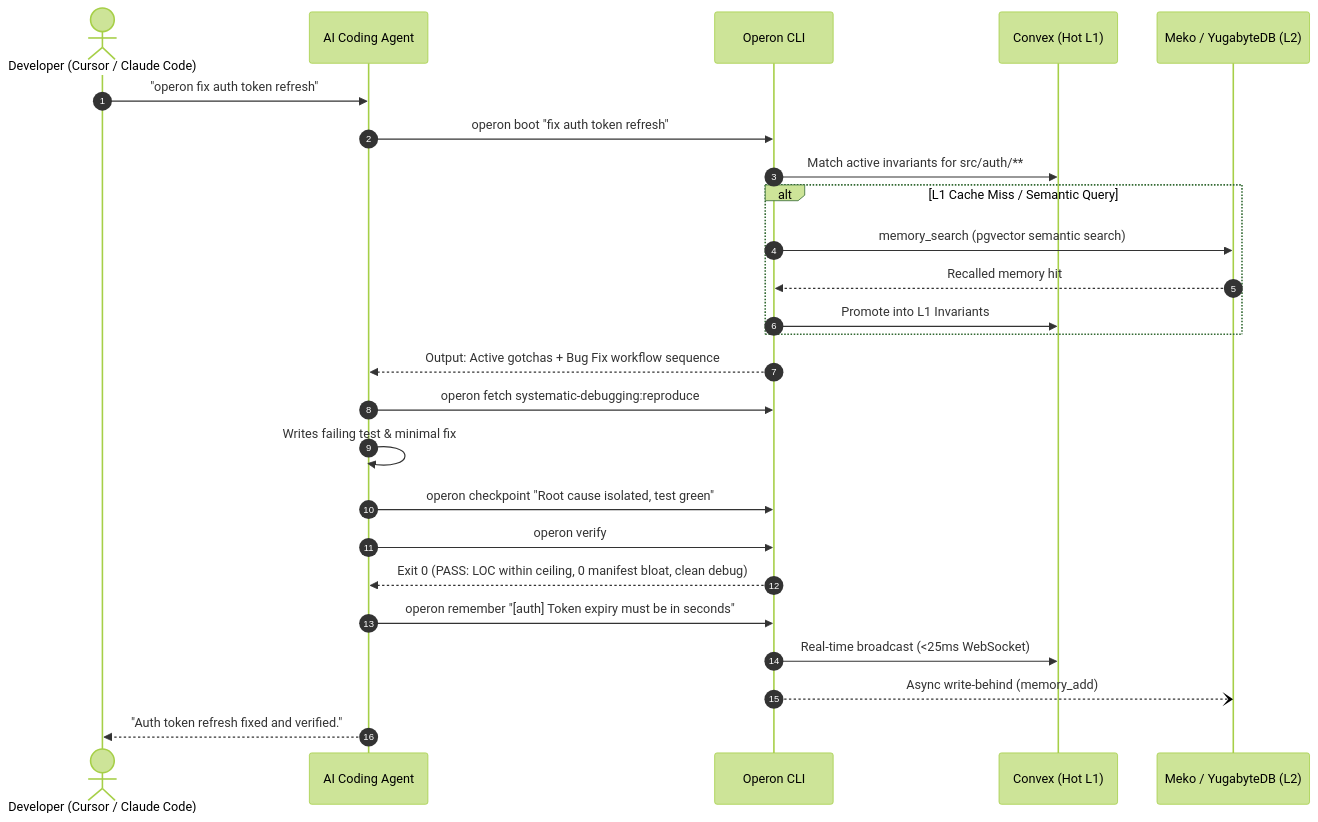
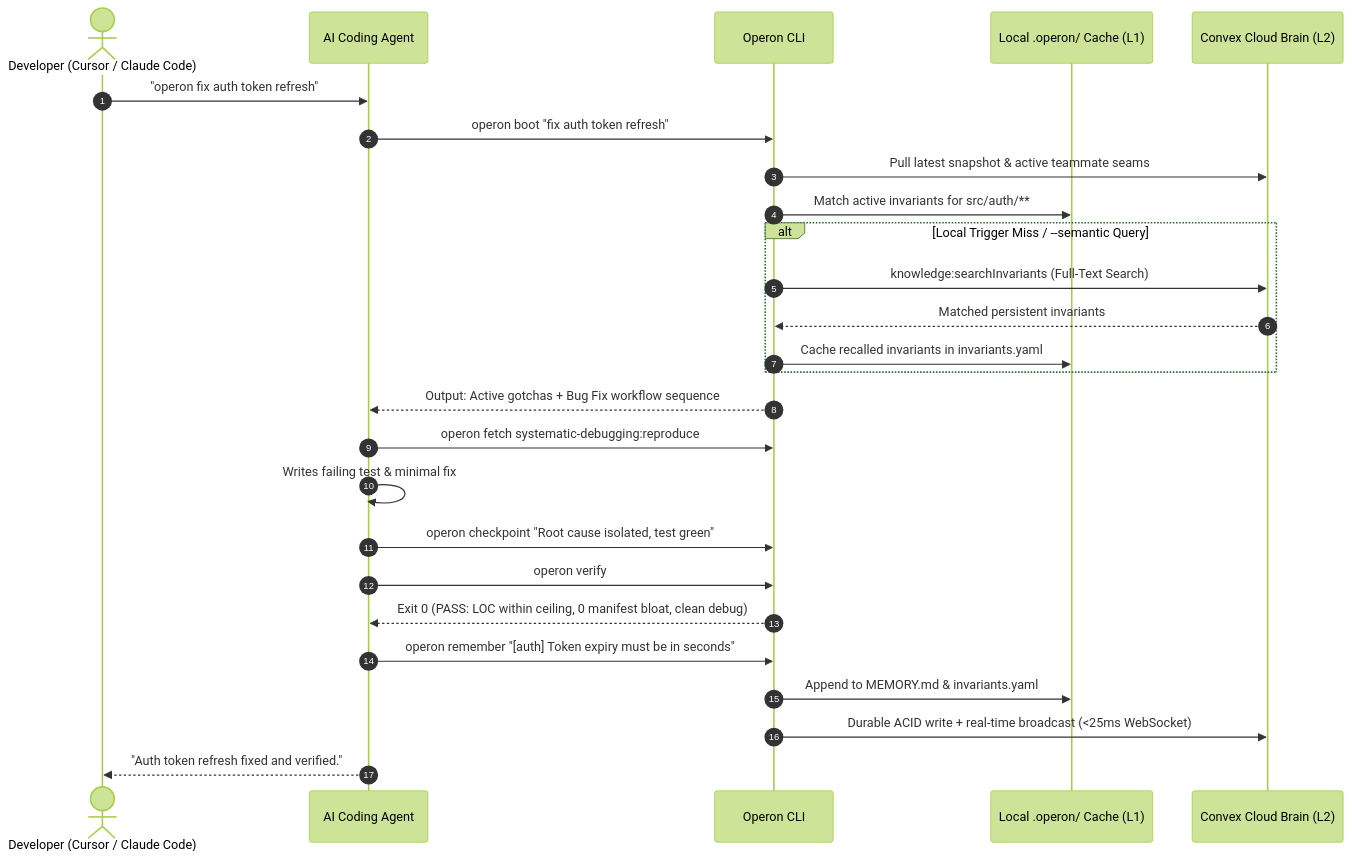
One commit to abrez-rizvi/operon-cli changed the diagram in README.md. Above: the diagram before and after it, drawn with Mermaid (forest theme). The commit also changed other lines of this file and 27 other files, not shown here.

First line of the commit message:
feat: expand Convex persistent search, add disarm command, and clean repository root

````diff
--- a/README.md
+++ b/README.md
@@ -145,28 +145,29 @@
 ```mermaid
 sequenceDiagram
     autonumber
     actor Dev as Developer (Cursor / Claude Code)
     participant Agent as AI Coding Agent
     participant CLI as Operon CLI
-    participant Convex as Convex (Hot L1)
-    participant Meko as Meko / YugabyteDB (L2)
+    participant Cache as Local .operon/ Cache (L1)
+    participant Convex as Convex Cloud Brain (L2)
 
     Dev->>Agent: "operon fix auth token refresh"
     Agent->>CLI: operon boot "fix auth token refresh"
-    CLI->>Convex: Match active invariants for src/auth/**
-    alt L1 Cache Miss / Semantic Query
-        CLI->>Meko: memory_search (pgvector semantic search)
-        Meko-->>CLI: Recalled memory hit
-        CLI->>Convex: Promote into L1 Invariants
+    CLI->>Convex: Pull latest snapshot & active teammate seams
+    CLI->>Cache: Match active invariants for src/auth/**
+    alt Local Trigger Miss / --semantic Query
+        CLI->>Convex: knowledge:searchInvariants (Full-Text Search)
+        Convex-->>CLI: Matched persistent invariants
+        CLI->>Cache: Cache recalled invariants in invariants.yaml
     end
     CLI-->>Agent: Output: Active gotchas + Bug Fix workflow sequence
     Agent->>CLI: operon fetch systematic-debugging:reproduce
     Agent->>Agent: Writes failing test & minimal fix
     Agent->>CLI: operon checkpoint "Root cause isolated, test green"
     Agent->>CLI: operon verify
     CLI-->>Agent: Exit 0 (PASS: LOC within ceiling, 0 manifest bloat, clean debug)
     Agent->>CLI: operon remember "[auth] Token expiry must be in seconds"
-    CLI->>Convex: Real-time broadcast (<25ms WebSocket)
-    CLI--)Meko: Async write-behind (memory_add)
+    CLI->>Cache: Append to MEMORY.md & invariants.yaml
+    CLI->>Convex: Durable ACID write + real-time broadcast (<25ms WebSocket)
     Agent-->>Dev: "Auth token refresh fixed and verified."
 ```
````
